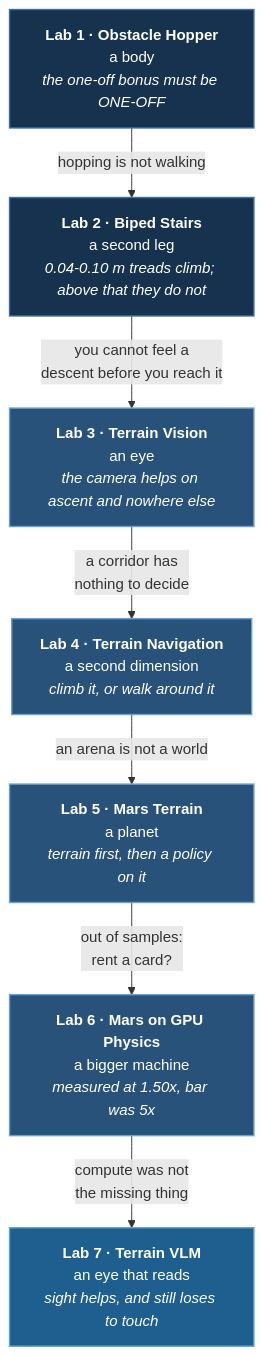
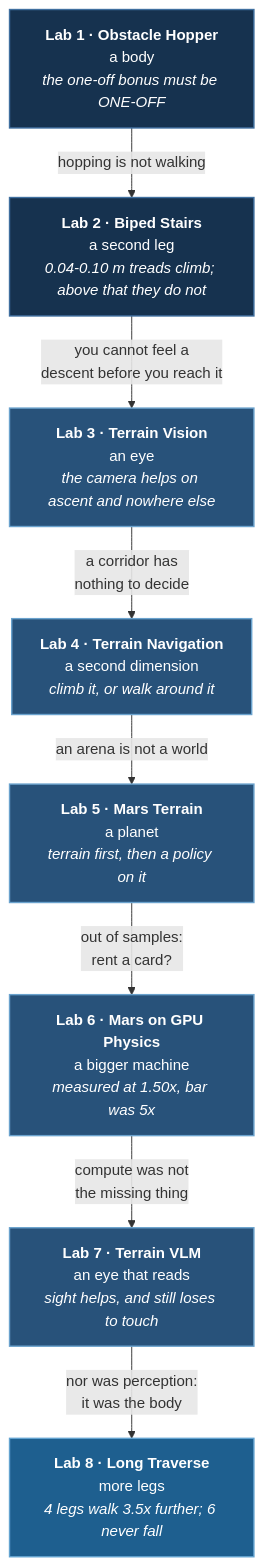
Before and after one commit to yiqiao-yin/deepspeed-course: the first of 2 diagrams in docusaurus-docs/docs/tutorials/physical/overview.md, drawn with Mermaid. The commit also changed other lines of this file and 26 other files, not shown here.

First line of the commit message:
Lab 8: the body is the bottleneck — and the metric that hid it (#96)

````diff
--- a/docusaurus-docs/docs/tutorials/physical/overview.md
+++ b/docusaurus-docs/docs/tutorials/physical/overview.md
@@ -29,28 +31,30 @@
 ```mermaid
 flowchart TB
   L1["<b>Lab 1 · Obstacle Hopper</b><br/>a body<br/><i>the one-off bonus must be ONE-OFF</i>"]
   L2["<b>Lab 2 · Biped Stairs</b><br/>a second leg<br/><i>0.04-0.10 m treads climb; above that they do not</i>"]
   L3["<b>Lab 3 · Terrain Vision</b><br/>an eye<br/><i>the camera helps on ascent and nowhere else</i>"]
   L4["<b>Lab 4 · Terrain Navigation</b><br/>a second dimension<br/><i>climb it, or walk around it</i>"]
   L5["<b>Lab 5 · Mars Terrain</b><br/>a planet<br/><i>terrain first, then a policy on it</i>"]
   L6["<b>Lab 6 · Mars on GPU Physics</b><br/>a bigger machine<br/><i>measured at 1.50x, bar was 5x</i>"]
   L7["<b>Lab 7 · Terrain VLM</b><br/>an eye that reads<br/><i>sight helps, and still loses to touch</i>"]
+  L8["<b>Lab 8 · Long Traverse</b><br/>more legs<br/><i>4 legs walk 3.5x further; 6 never fall</i>"]
 
   L1 -->|"hopping is not walking"| L2
   L2 -->|"you cannot feel a<br/>descent before you reach it"| L3
   L3 -->|"a corridor has<br/>nothing to decide"| L4
   L4 -->|"an arena is not a world"| L5
   L5 -->|"out of samples:<br/>rent a card?"| L6
   L6 -->|"compute was not<br/>the missing thing"| L7
+  L7 -->|"nor was perception:<br/>it was the body"| L8
 
   classDef deep   fill:#08182a,stroke:#2d5a86,stroke-width:1.5px,color:#ffffff
   classDef dark   fill:#0a1f33,stroke:#2d5a86,stroke-width:1.5px,color:#ffffff
   classDef base   fill:#16324f,stroke:#3f6f9f,stroke-width:1.5px,color:#ffffff
   classDef bright fill:#1e5f8f,stroke:#63a3d0,stroke-width:1.5px,color:#ffffff
   classDef steel  fill:#28527a,stroke:#6aa2cd,stroke-width:1.5px,color:#ffffff
 
   class L1,L2 base
   class L3,L4 steel
-  class L5,L6 steel
-  class L7 bright
+  class L5,L6,L7 steel
+  class L8 bright
 ```
````
